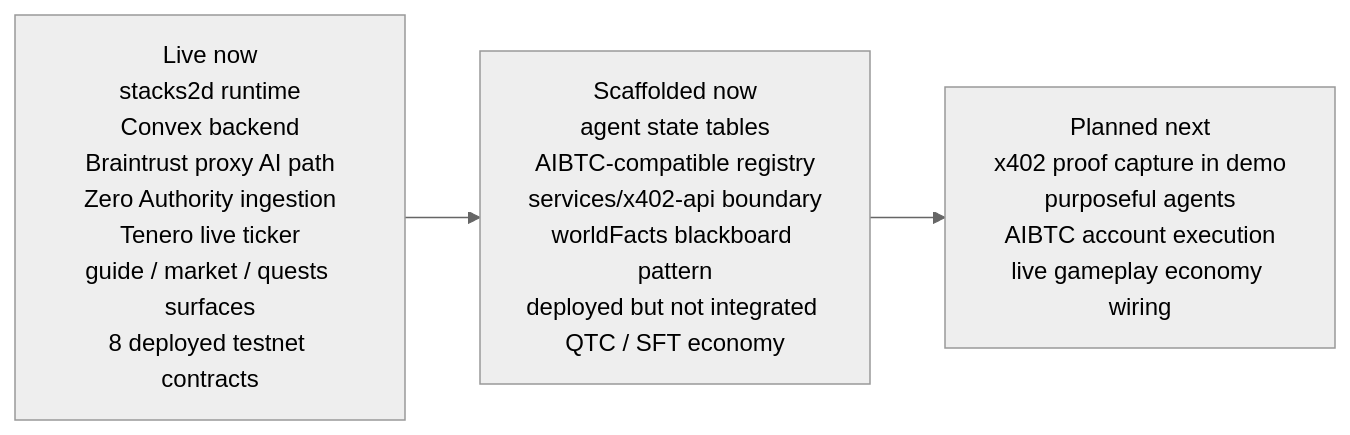
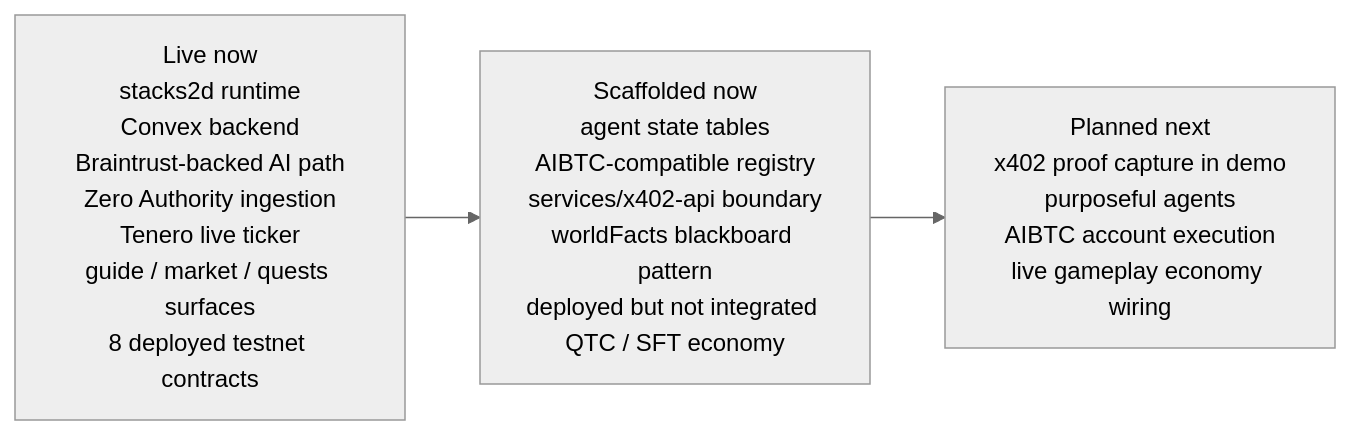
Before and after one commit to retroverse404/---Stacks-Gamefi-Agents-Sandbox: the fourth of 14 diagrams in README.md, drawn with Mermaid (neutral theme). The commit also changed other lines of this file, not shown here.

Commit message:
Tighten Braintrust wording in README

````diff
--- a/README.md
+++ b/README.md
@@ -191,9 +191,9 @@
 ```mermaid
 flowchart LR
   L[Live now] --> S[Scaffolded now]
   S --> P[Planned next]
 
-  L["Live now<br/>stacks2d runtime<br/>Convex backend<br/>Braintrust proxy AI path<br/>Zero Authority ingestion<br/>Tenero live ticker<br/>guide / market / quests surfaces<br/>8 deployed testnet contracts"]
+  L["Live now<br/>stacks2d runtime<br/>Convex backend<br/>Braintrust-backed AI path<br/>Zero Authority ingestion<br/>Tenero live ticker<br/>guide / market / quests surfaces<br/>8 deployed testnet contracts"]
   S["Scaffolded now<br/>agent state tables<br/>AIBTC-compatible registry<br/>services/x402-api boundary<br/>worldFacts blackboard pattern<br/>deployed but not integrated QTC / SFT economy"]
   P["Planned next<br/>x402 proof capture in demo<br/>purposeful agents<br/>AIBTC account execution<br/>live gameplay economy wiring"]
 ```
````
